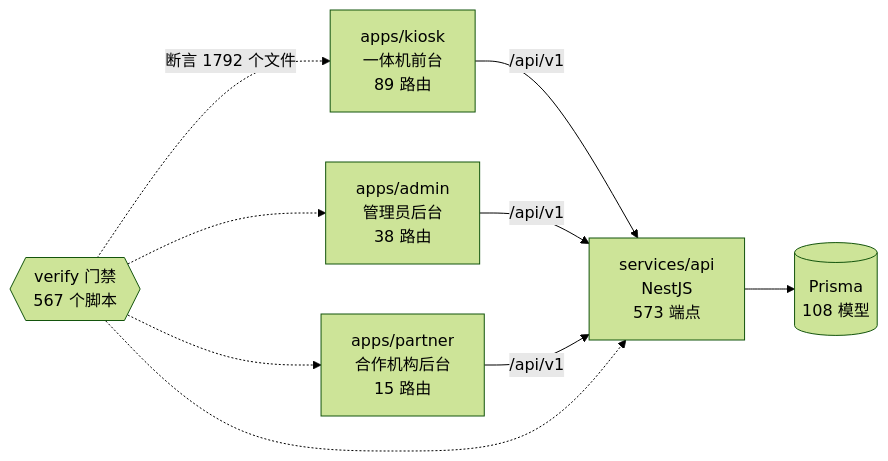
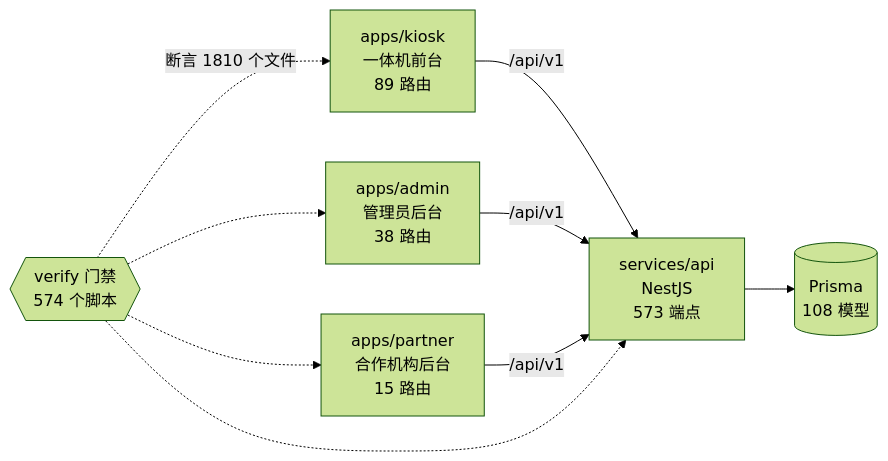
The diagram in docs/graph/README.md (wanglei581/YITIJI), drawn with Mermaid (forest theme) before and after one commit. The commit also changed other lines of this file and 59 other files, not shown here.

````diff
--- a/docs/graph/README.md
+++ b/docs/graph/README.md
@@ -68,18 +68,18 @@
 ```mermaid
 flowchart LR
   kiosk["apps/kiosk<br/>一体机前台<br/>89 路由"]
   admin["apps/admin<br/>管理员后台<br/>38 路由"]
   partner["apps/partner<br/>合作机构后台<br/>15 路由"]
   api["services/api<br/>NestJS<br/>573 端点"]
   db[("Prisma<br/>108 模型")]
-  gates{{"verify 门禁<br/>567 个脚本"}}
+  gates{{"verify 门禁<br/>574 个脚本"}}
 
   kiosk -->|"/api/v1"| api
   admin -->|"/api/v1"| api
   partner -->|"/api/v1"| api
   api --> db
-  gates -.->|"断言 1792 个文件"| kiosk
+  gates -.->|"断言 1810 个文件"| kiosk
   gates -.-> admin
   gates -.-> partner
   gates -.-> api
 ```
````
